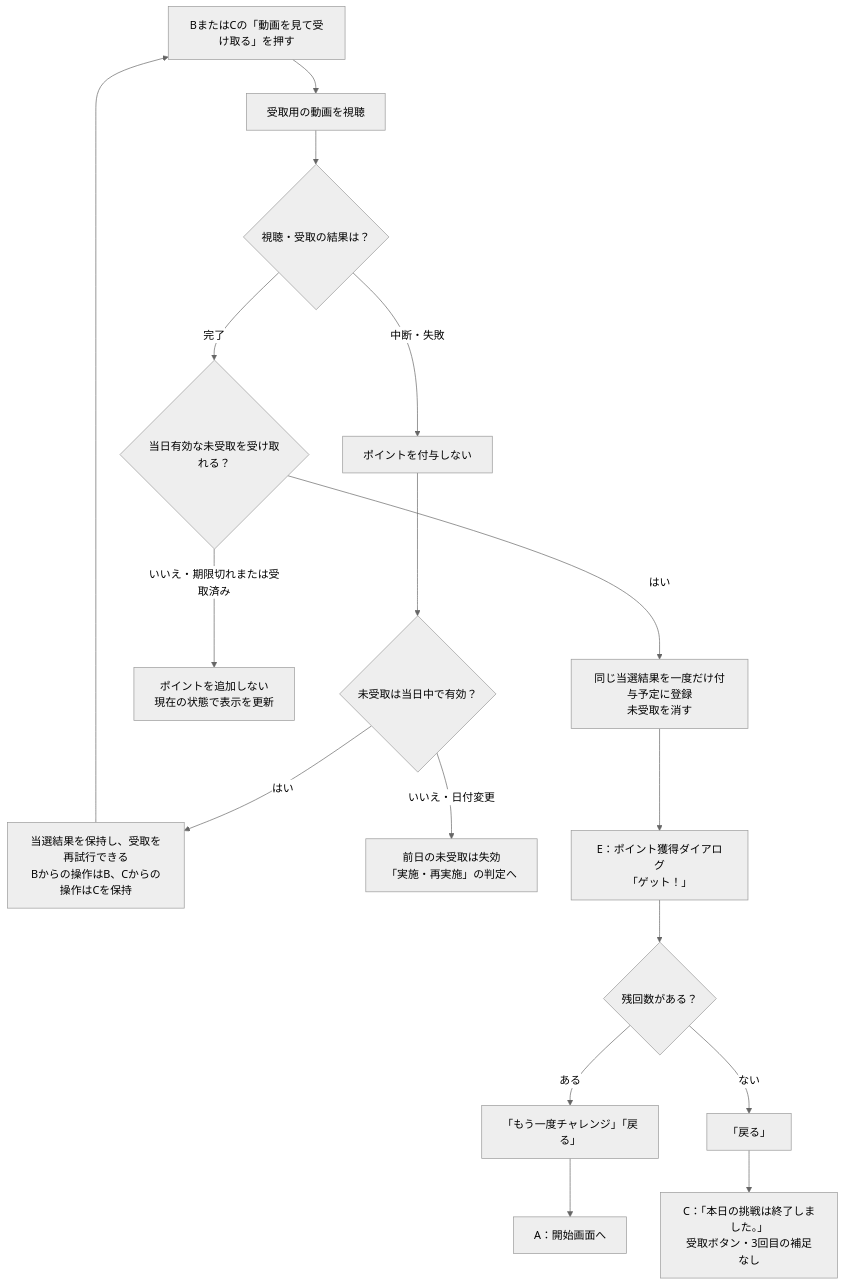
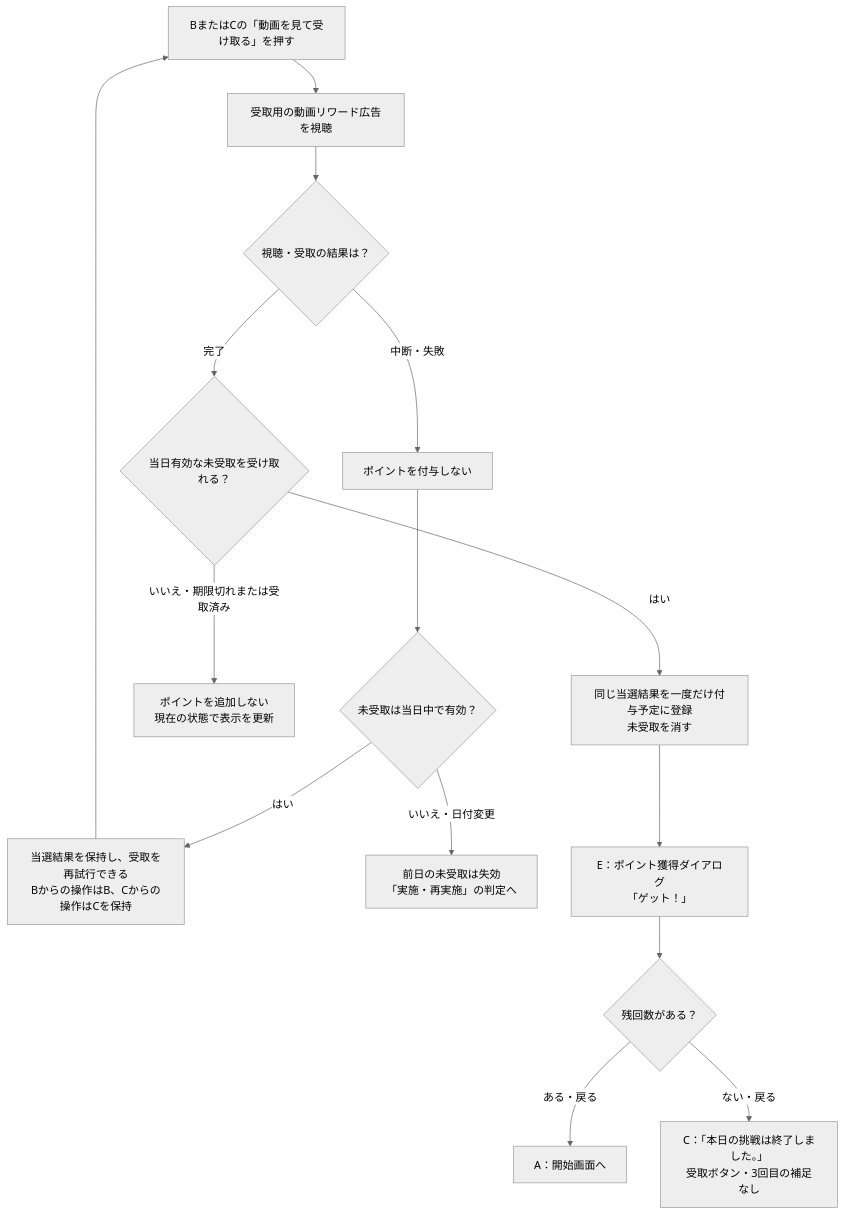
Before and after one commit to Min-Thu-Khant/pochipo-mock-en: the third of 3 diagrams in docs/prd/features/F11-mini-games.md, drawn with Mermaid (neutral theme). The commit also changed other lines of this file, not shown here.

````diff
--- a/docs/prd/features/F11-mini-games.md
+++ b/docs/prd/features/F11-mini-games.md
@@ -148,19 +150,17 @@
 ```mermaid
 flowchart TD
-  Receive["BまたはCの「動画を見て受け取る」を押す"] --> Ad["受取用の動画を視聴"]
+  Receive["BまたはCの「動画を見て受け取る」を押す"] --> Ad["受取用の動画リワード広告を視聴"]
   Ad --> Outcome{"視聴・受取の結果は？"}
   Outcome -->|中断・失敗| Failed["ポイントを付与しない"]
   Failed --> Valid{"未受取は当日中で有効？"}
   Valid -->|はい| Retry["当選結果を保持し、受取を再試行できる<br/>Bからの操作はB、Cからの操作はCを保持"]
   Retry --> Receive
   Valid -->|いいえ・日付変更| Expire["前日の未受取は失効<br/>「実施・再実施」の判定へ"]
   Outcome -->|完了| Claim{"当日有効な未受取を受け取れる？"}
   Claim -->|いいえ・期限切れまたは受取済み| NoAward["ポイントを追加しない<br/>現在の状態で表示を更新"]
   Claim -->|はい| Paid["同じ当選結果を一度だけ付与予定に登録<br/>未受取を消す"]
   Paid --> E["E：ポイント獲得ダイアログ<br/>「ゲット！」"]
   E --> Left{"残回数がある？"}
-  Left -->|ある| Actions["「もう一度チャレンジ」「戻る」"]
-  Actions --> A["A：開始画面へ"]
-  Left -->|ない| Back["「戻る」"]
-  Back --> C["C：「本日の挑戦は終了しました。」<br/>受取ボタン・3回目の補足なし"]
+  Left -->|ある・戻る| A["A：開始画面へ"]
+  Left -->|ない・戻る| C["C：「本日の挑戦は終了しました。」<br/>受取ボタン・3回目の補足なし"]
 ```
````
